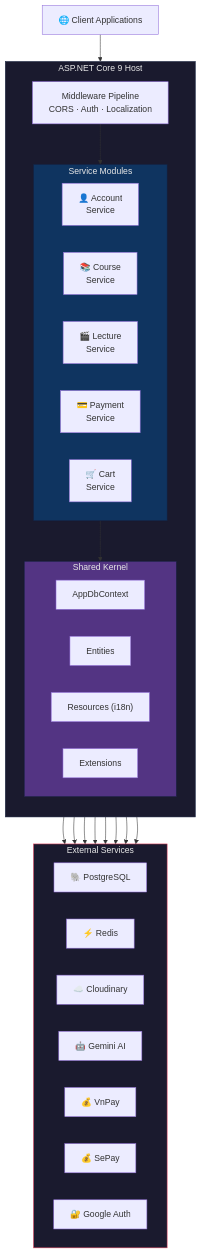
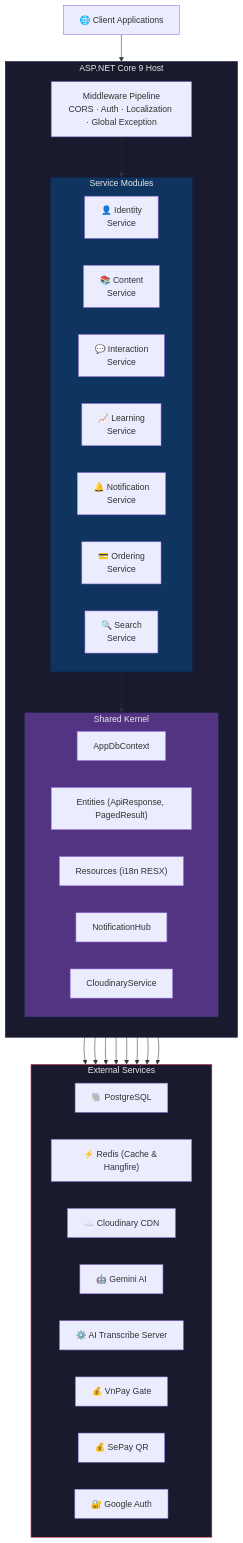
The first of 3 diagrams in README.md (viettri2004/DACN_BE), drawn with Mermaid before and after one commit. The commit also changed other lines of this file and 40 other files, not shown here.

````diff
--- a/README.md
+++ b/README.md
@@ -90,54 +92,58 @@
 ```mermaid
 graph TB
     Client["🌐 Client Applications"]
 
     subgraph API_GATEWAY["ASP.NET Core 9 Host"]
         direction TB
-        MW["Middleware Pipeline<br/>CORS · Auth · Localization"]
+        MW["Middleware Pipeline<br/>CORS · Auth · Localization · Global Exception"]
 
         subgraph MODULES["Service Modules"]
             direction LR
-            AS["👤 Account<br/>Service"]
-            CS["📚 Course<br/>Service"]
-            LS["🎬 Lecture<br/>Service"]
-            PS["💳 Payment<br/>Service"]
-            CRS["🛒 Cart<br/>Service"]
+            IS["👤 Identity<br/>Service"]
+            CS["📚 Content<br/>Service"]
+            INS["💬 Interaction<br/>Service"]
+            LS["📈 Learning<br/>Service"]
+            NS["🔔 Notification<br/>Service"]
+            OS["💳 Ordering<br/>Service"]
+            SS["🔍 Search<br/>Service"]
         end
 
         subgraph SHARED["Shared Kernel"]
             direction LR
             DB["AppDbContext"]
-            ENT["Entities"]
-            RES["Resources (i18n)"]
-            EXT["Extensions"]
+            ENT["Entities (ApiResponse, PagedResult)"]
+            RES["Resources (i18n RESX)"]
+            HUB["NotificationHub"]
+            CLD["CloudinaryService"]
         end
     end
 
     subgraph EXTERNAL["External Services"]
         direction LR
         PG["🐘 PostgreSQL"]
-        RD["⚡ Redis"]
-        CL["☁️ Cloudinary"]
+        RD["⚡ Redis (Cache & Hangfire)"]
+        CL["☁️ Cloudinary CDN"]
         GM["🤖 Gemini AI"]
-        VP["💰 VnPay"]
-        SP["💰 SePay"]
+        AIS["⚙️ AI Transcribe Server"]
+        VP["💰 VnPay Gate"]
+        SP["💰 SePay QR"]
         GA["🔐 Google Auth"]
     end
 
     Client --> MW
     MW --> MODULES
     MODULES --> SHARED
     SHARED --> PG
     SHARED --> RD
     CS --> CL
-    CS --> GM
-    PS --> VP
-    PS --> SP
-    AS --> GA
-    LS --> CL
+    SS --> AIS
+    SS --> GM
+    OS --> VP
+    OS --> SP
+    IS --> GA
 
     style API_GATEWAY fill:#1a1a2e,stroke:#16213e,color:#e6e6e6
     style MODULES fill:#0f3460,stroke:#16213e,color:#e6e6e6
     style SHARED fill:#533483,stroke:#16213e,color:#e6e6e6
     style EXTERNAL fill:#1a1a2e,stroke:#e94560,color:#e6e6e6
 ```
````
